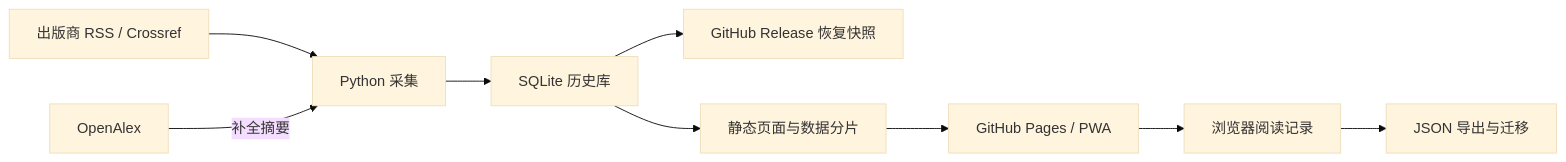
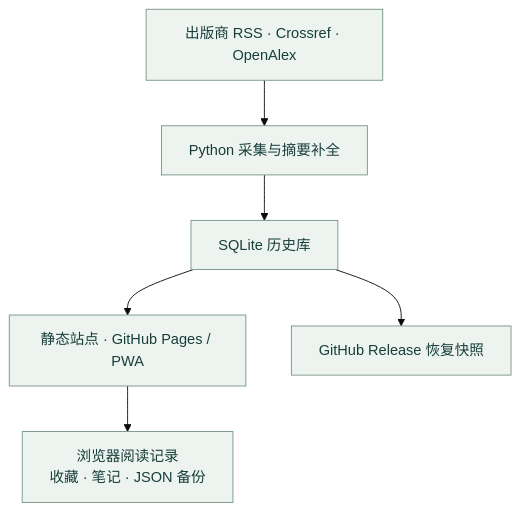
The diagram in README.md (linkingoscar/journal-radar), drawn with Mermaid (base theme) before and after one commit.

Commit message:
docs: improve README diagram readability

````diff
--- a/README.md
+++ b/README.md
@@ -116,11 +116,10 @@
 ```mermaid
-flowchart LR
-    S[出版商 RSS / Crossref] --> C[Python 采集]
-    O[OpenAlex] -->|补全摘要| C
+flowchart TB
+    S[出版商 RSS · Crossref · OpenAlex] --> C[Python 采集与摘要补全]
     C --> H[SQLite 历史库]
+    H --> P[静态站点 · GitHub Pages / PWA]
     H --> R[GitHub Release 恢复快照]
-    H --> B[静态页面与数据分片]
-    B --> P[GitHub Pages / PWA]
-    P --> L[浏览器阅读记录]
-    L --> E[JSON 导出与迁移]
+    P --> L["浏览器阅读记录<br/>收藏 · 笔记 · JSON 备份"]
+    classDef default fill:#edf4ef,stroke:#789488,color:#173e3b
+    class C,H fill:#173e3b,stroke:#173e3b,color:#fff
 ```
````
